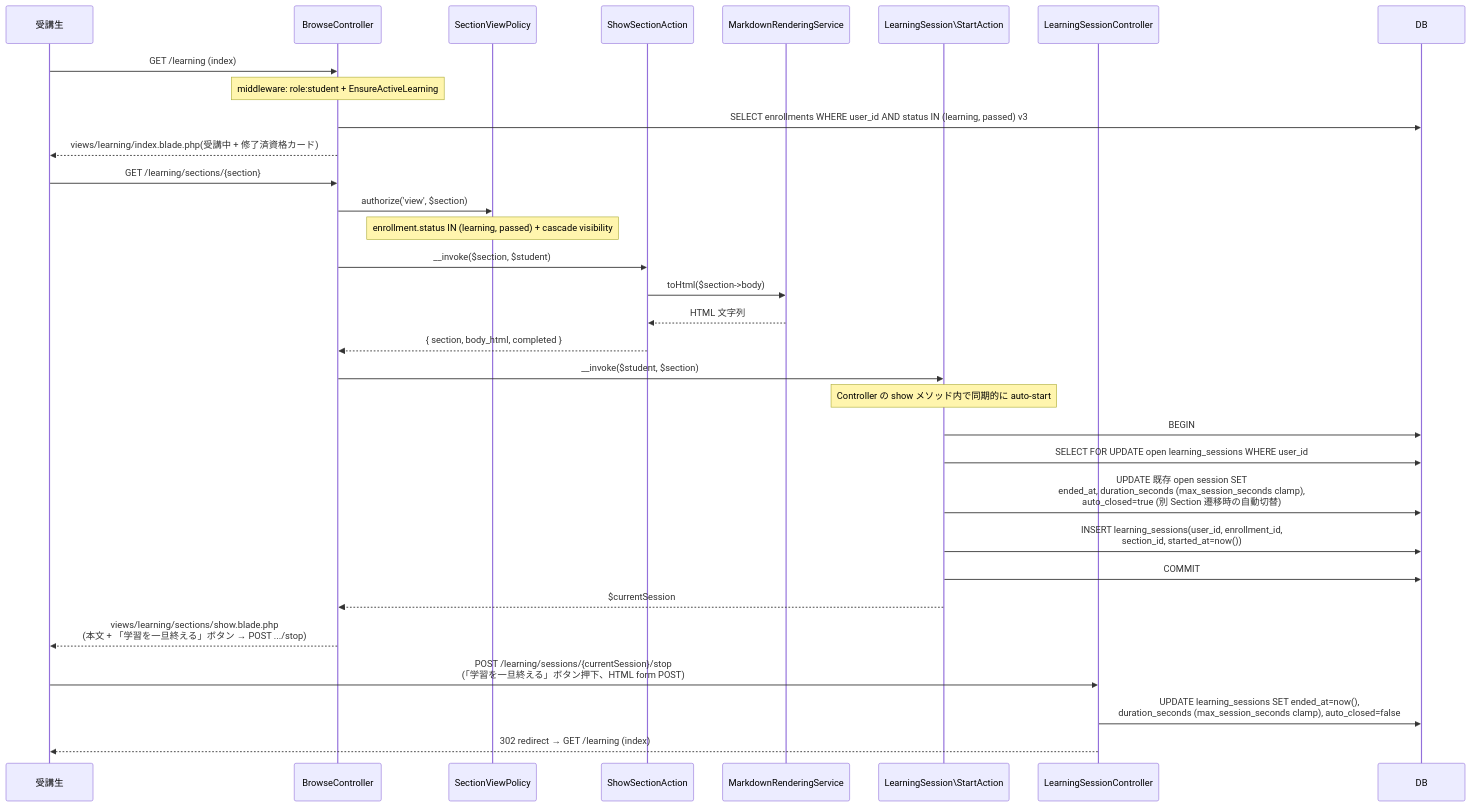
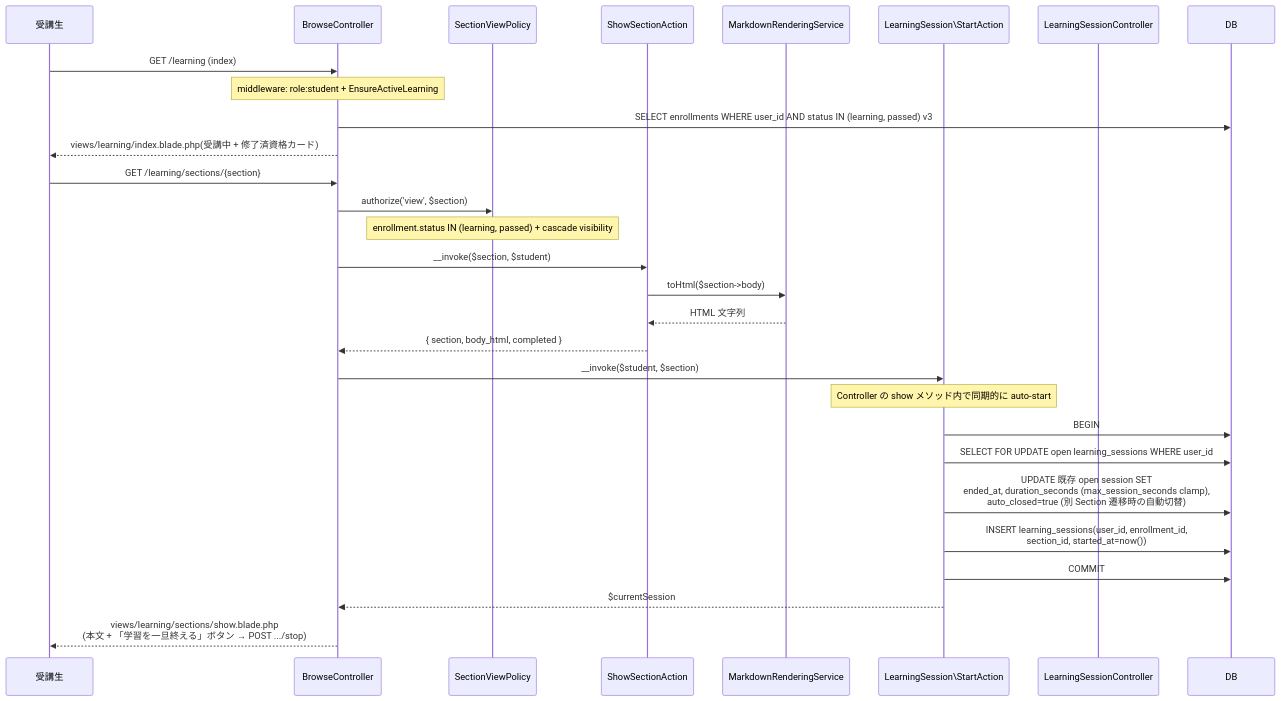
One commit to coachtech-mockcase-second/ExampleAnswer-mockcase-CertifyLMS changed the second of 5 diagrams in docs/specs/learning/design.md. Above: the diagram before and after it, drawn with Mermaid. The commit also changed other lines of this file and 119 other files, not shown here.

````diff
--- a/docs/specs/learning/design.md
+++ b/docs/specs/learning/design.md
@@ -48,40 +48,38 @@
 ```mermaid
 sequenceDiagram
     participant Student as 受講生
     participant BC as BrowseController
     participant Pol as SectionViewPolicy
     participant SA as ShowSectionAction
     participant Markdown as MarkdownRenderingService
     participant LSStart as LearningSession\StartAction
     participant LSC as LearningSessionController
     participant DB as DB
 
     Student->>BC: GET /learning (index)
     Note over BC: middleware: role:student + EnsureActiveLearning
     BC->>DB: SELECT enrollments WHERE user_id AND status IN (learning, passed) v3
     BC-->>Student: views/learning/index.blade.php(受講中 + 修了済資格カード)
 
     %% Section 表示 → サーバ側 auto-start
     Student->>BC: GET /learning/sections/{section}
     BC->>Pol: authorize('view', $section)
     Note over Pol: enrollment.status IN (learning, passed) + cascade visibility
     BC->>SA: __invoke($section, $student)
     SA->>Markdown: toHtml($section->body)
     Markdown-->>SA: HTML 文字列
     SA-->>BC: { section, body_html, completed }
 
     BC->>LSStart: __invoke($student, $section)
     Note over LSStart: Controller の show メソッド内で同期的に auto-start
     LSStart->>DB: BEGIN
     LSStart->>DB: SELECT FOR UPDATE open learning_sessions WHERE user_id
     LSStart->>DB: UPDATE 既存 open session SET<br/>ended_at, duration_seconds (max_session_seconds clamp),<br/>auto_closed=true (別 Section 遷移時の自動切替)
     LSStart->>DB: INSERT learning_sessions(user_id, enrollment_id,<br/>section_id, started_at=now())
     LSStart->>DB: COMMIT
     LSStart-->>BC: $currentSession
     BC-->>Student: views/learning/sections/show.blade.php<br/>(本文 + 「学習を一旦終える」ボタン → POST .../stop)
 
-    %% 明示 stop ボタン
-    Student->>LSC: POST /learning/sessions/{currentSession}/stop<br/>(「学習を一旦終える」ボタン押下、HTML form POST)
-    LSC->>DB: UPDATE learning_sessions SET ended_at=now(),<br/>duration_seconds (max_session_seconds clamp), auto_closed=false
-    LSC-->>Student: 302 redirect → GET /learning (index)
+    %% v3.5 で明示 stop ボタン撤回(LearningSessionController / StopAction / Route 削除)
+    %% 旧 stop シーケンスはここに記述されていたが v3.5 で完全削除
 ```
````
